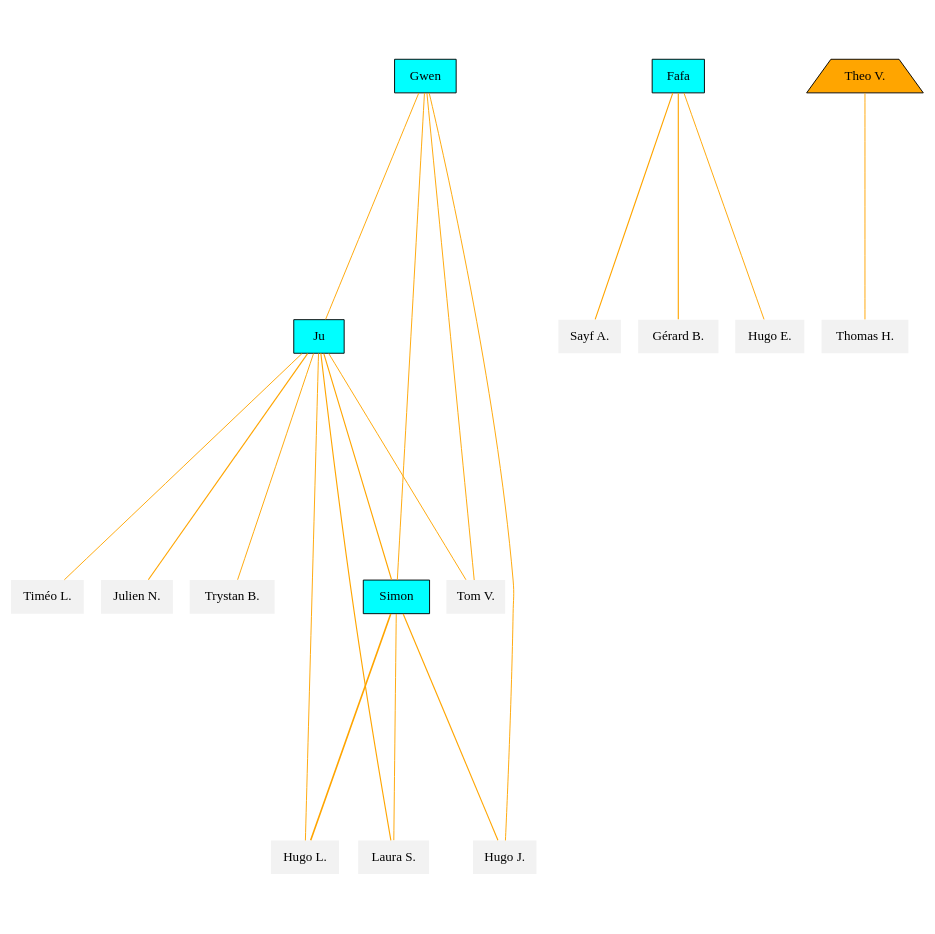
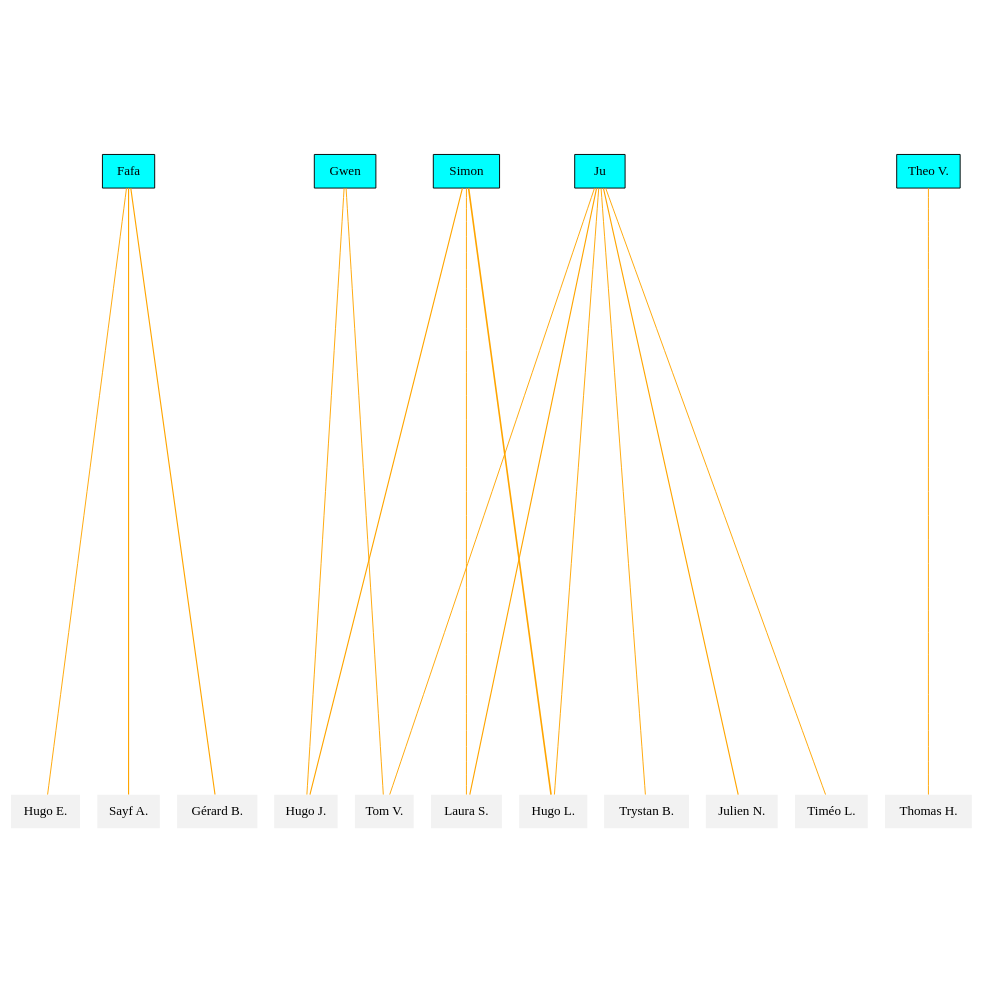
The diagram in jumpers_PAC.dot (GuilhemRep/sauts), drawn with Graphviz before and after one commit. The commit also changed 11 other files, not shown here.

Commit message:
better graphs

```diff
--- a/jumpers_PAC.dot
+++ b/jumpers_PAC.dot
@@ -1,37 +1,34 @@
 graph Jumpers {
 	graph [overlap=false ratio=1 size="15,15" splines=true]
+	"Hugo E." [fillcolor=gray95 shape=none style=filled]
+	"Trystan B." [fillcolor=gray95 shape=none style=filled]
+	"Tom V." [fillcolor=gray95 shape=none style=filled]
+	"Hugo J." [fillcolor=gray95 shape=none style=filled]
+	"Theo V." [fillcolor=cyan shape=rectangle style=filled]
+	"Hugo L." [fillcolor=gray95 shape=none style=filled]
 	"Julien N." [fillcolor=gray95 shape=none style=filled]
-	"Trystan B." [fillcolor=gray95 shape=none style=filled]
 	"Sayf A." [fillcolor=gray95 shape=none style=filled]
+	"Timéo L." [fillcolor=gray95 shape=none style=filled]
 	"Thomas H." [fillcolor=gray95 shape=none style=filled]
+	" Gwen " [fillcolor=cyan shape=rectangle style=filled]
+	" Simon " [fillcolor=cyan shape=rectangle style=filled]
+	" Ju " [fillcolor=cyan shape=rectangle style=filled]
+	" Fafa " [fillcolor=cyan shape=rectangle style=filled]
 	"Gérard B." [fillcolor=gray95 shape=none style=filled]
-	"Hugo E." [fillcolor=gray95 shape=none style=filled]
-	"Theo V." [fillcolor=orange shape=trapezium style=filled]
-	" Fafa " [fillcolor=cyan shape=rectangle style=filled]
-	"Hugo L." [fillcolor=gray95 shape=none style=filled]
-	" Ju " [fillcolor=cyan shape=rectangle style=filled]
 	"Laura S." [fillcolor=gray95 shape=none style=filled]
-	"Hugo J." [fillcolor=gray95 shape=none style=filled]
-	" Gwen " [fillcolor=cyan shape=rectangle style=filled]
-	"Timéo L." [fillcolor=gray95 shape=none style=filled]
-	" Simon " [fillcolor=cyan shape=rectangle style=filled]
-	"Tom V." [fillcolor=gray95 shape=none style=filled]
 	" Fafa " -- "Sayf A." [color=orange len=1.5 penwidth=1.2071067811865475]
 	" Ju " -- "Tom V." [color=orange len=1.0 penwidth=1.0]
 	" Gwen " -- "Tom V." [color=orange len=1.0 penwidth=1.0]
-	" Gwen " -- " Ju " [color=orange len=1.0 penwidth=1.0]
 	" Ju " -- "Timéo L." [color=orange len=1.5 penwidth=1.0]
 	"Theo V." -- "Thomas H." [color=orange len=1.5 penwidth=1.0]
 	" Ju " -- "Trystan B." [color=orange len=1.5 penwidth=1.0]
 	" Ju " -- "Hugo L." [color=orange len=1.0 penwidth=1.0]
 	" Simon " -- "Hugo L." [color=orange len=1.5 penwidth=1.724744871391589]
-	" Ju " -- " Simon " [color=orange len=1.0 penwidth=1.2071067811865475]
 	" Gwen " -- "Hugo J." [color=orange len=1.0 penwidth=1.0]
 	" Simon " -- "Hugo J." [color=orange len=1.5 penwidth=1.2071067811865475]
-	" Gwen " -- " Simon " [color=orange len=1.0 penwidth=1.0]
 	" Fafa " -- "Hugo E." [color=orange len=1.5 penwidth=1.0]
 	" Fafa " -- "Gérard B." [color=orange len=1.5 penwidth=1.2071067811865475]
 	" Ju " -- "Julien N." [color=orange len=1.5 penwidth=1.2071067811865475]
 	" Ju " -- "Laura S." [color=orange len=1.5 penwidth=1.2071067811865475]
 	" Simon " -- "Laura S." [color=orange len=1.0 penwidth=1.0]
 }
```
